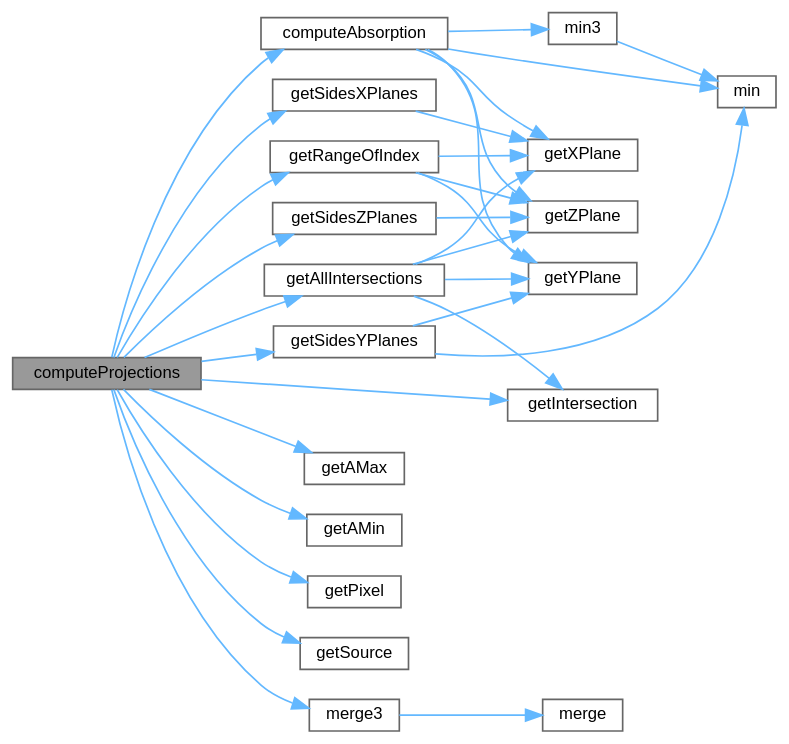
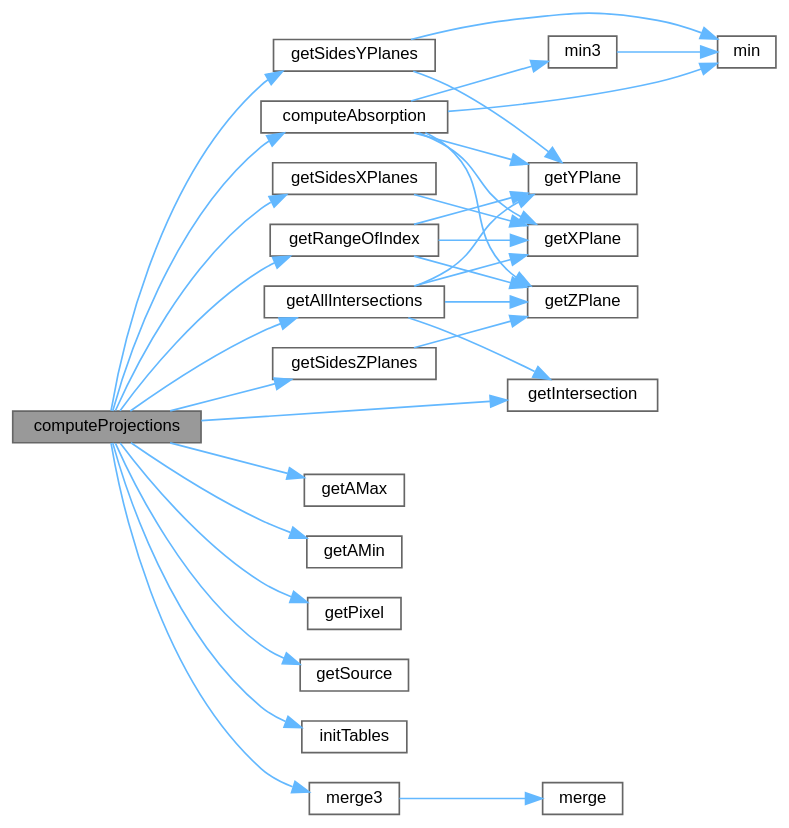
One commit to EnryMarch10/3D-CT-projection-cuda changed the diagram in docs/omp-projection_8c_a6413034e11f929b4a4ddfdda721db18f_cgraph.dot. Above: the diagram before and after it, drawn with Graphviz. The commit also changed 12 other files, not shown here.

Commit message:
Update OpenMP implementation: update initialization of sin() and cos() precalculated tables, update doxygen documentation

```diff
--- a/docs/omp-projection_8c_a6413034e11f929b4a4ddfdda721db18f_cgraph.dot
+++ b/docs/omp-projection_8c_a6413034e11f929b4a4ddfdda721db18f_cgraph.dot
@@ -1,57 +1,59 @@
 digraph "computeProjections"
 {
  // LATEX_PDF_SIZE
   bgcolor="transparent";
   edge [fontname=Helvetica,fontsize=10,labelfontname=Helvetica,labelfontsize=10];
   node [fontname=Helvetica,fontsize=10,shape=box,height=0.2,width=0.4];
   rankdir="LR";
   Node1 [id="Node000001",label="computeProjections",height=0.2,width=0.4,color="gray40", fillcolor="grey60", style="filled", fontcolor="black",tooltip="Computes the projection of a sub-section of the object into the detector for each source position."];
   Node1 -> Node2 [id="edge1_Node000001_Node000002",color="steelblue1",style="solid",tooltip=" "];
   Node2 [id="Node000002",label="computeAbsorption",height=0.2,width=0.4,color="grey40", fillcolor="white", style="filled",URL="$omp-projection_8c.html#af0caf76e76bd487d95a3eb3ce0ade25f",tooltip="Computes the projection attenuation of the radiological path of a ray."];
   Node2 -> Node3 [id="edge2_Node000002_Node000003",color="steelblue1",style="solid",tooltip=" "];
   Node3 [id="Node000003",label="getXPlane",height=0.2,width=0.4,color="grey40", fillcolor="white", style="filled",URL="$omp-projection_8c.html#ac102667a9825b0e57cc343819a1d7143",tooltip="Computes the coordinate of a plane parallel relative to the YZ plane."];
   Node2 -> Node4 [id="edge3_Node000002_Node000004",color="steelblue1",style="solid",tooltip=" "];
   Node4 [id="Node000004",label="getYPlane",height=0.2,width=0.4,color="grey40", fillcolor="white", style="filled",URL="$omp-projection_8c.html#ac956c9cf71374f10800f6f646cbfd539",tooltip="Computes the coordinate of a plane parallel relative to the XZ plane."];
   Node2 -> Node5 [id="edge4_Node000002_Node000005",color="steelblue1",style="solid",tooltip=" "];
   Node5 [id="Node000005",label="getZPlane",height=0.2,width=0.4,color="grey40", fillcolor="white", style="filled",URL="$omp-projection_8c.html#a9e002b12657825ed4f491fe96ac76186",tooltip="Computes the coordinate of a plane parallel relative to the XY plane."];
   Node2 -> Node6 [id="edge5_Node000002_Node000006",color="steelblue1",style="solid",tooltip=" "];
   Node6 [id="Node000006",label="min",height=0.2,width=0.4,color="grey40", fillcolor="white", style="filled",URL="$omp-projection_8c.html#abd8bbcfabb3ddef2ccaafb9928a37b95",tooltip="Computes the minimum value between a and b."];
   Node2 -> Node7 [id="edge6_Node000002_Node000007",color="steelblue1",style="solid",tooltip=" "];
   Node7 [id="Node000007",label="min3",height=0.2,width=0.4,color="grey40", fillcolor="white", style="filled",URL="$omp-projection_8c.html#a242710ffc6c186821800ab581fc06174",tooltip="Computes the minimum value between a, b and c."];
   Node7 -> Node6 [id="edge7_Node000007_Node000006",color="steelblue1",style="solid",tooltip=" "];
   Node1 -> Node8 [id="edge8_Node000001_Node000008",color="steelblue1",style="solid",tooltip=" "];
   Node8 [id="Node000008",label="getAllIntersections",height=0.2,width=0.4,color="grey40", fillcolor="white", style="filled",URL="$omp-projection_8c.html#aab23497116712e73fd615f6bdaa2766e",tooltip="Computes the coordinates of the planes necessary to compute the intersections with the ray...."];
   Node8 -> Node9 [id="edge9_Node000008_Node000009",color="steelblue1",style="solid",tooltip=" "];
   Node9 [id="Node000009",label="getIntersection",height=0.2,width=0.4,color="grey40", fillcolor="white", style="filled",URL="$omp-projection_8c.html#adaf13d80c79b3cac8b8ee8143dbf4dd6",tooltip="Computes the the intersections between a ray and a set of planes."];
   Node8 -> Node3 [id="edge10_Node000008_Node000003",color="steelblue1",style="solid",tooltip=" "];
   Node8 -> Node4 [id="edge11_Node000008_Node000004",color="steelblue1",style="solid",tooltip=" "];
   Node8 -> Node5 [id="edge12_Node000008_Node000005",color="steelblue1",style="solid",tooltip=" "];
   Node1 -> Node10 [id="edge13_Node000001_Node000010",color="steelblue1",style="solid",tooltip=" "];
   Node10 [id="Node000010",label="getAMax",height=0.2,width=0.4,color="grey40", fillcolor="white", style="filled",URL="$omp-projection_8c.html#aef436783a4bc76a348cf39c942c42d01",tooltip="Computes the maximum parametric value a, representing the last intersection between ray and object."];
   Node1 -> Node11 [id="edge14_Node000001_Node000011",color="steelblue1",style="solid",tooltip=" "];
   Node11 [id="Node000011",label="getAMin",height=0.2,width=0.4,color="grey40", fillcolor="white", style="filled",URL="$omp-projection_8c.html#a73679a64b017a5578d232a5627587c50",tooltip="Computes the minimum parametric value a, representing the fist intersection between ray and object."];
   Node1 -> Node9 [id="edge15_Node000001_Node000009",color="steelblue1",style="solid",tooltip=" "];
   Node1 -> Node12 [id="edge16_Node000001_Node000012",color="steelblue1",style="solid",tooltip=" "];
-  Node12 [id="Node000012",label="getPixel",height=0.2,width=0.4,color="grey40", fillcolor="white", style="filled",URL="$omp-projection_8c.html#af2d8cd57a92a738cf2312e04d0dd93e5",tooltip="Retrieves the cartesian coordinates of a unit of the detector."];
+  Node12 [id="Node000012",label="getPixel",height=0.2,width=0.4,color="grey40", fillcolor="white", style="filled",URL="$omp-projection_8c.html#a2ae47d18f1fb51f2aa28602ddc0c8390",tooltip="Retrieves the cartesian coordinates of a unit of the detector."];
   Node1 -> Node13 [id="edge17_Node000001_Node000013",color="steelblue1",style="solid",tooltip=" "];
   Node13 [id="Node000013",label="getRangeOfIndex",height=0.2,width=0.4,color="grey40", fillcolor="white", style="filled",URL="$omp-projection_8c.html#aa5c9680241b94ef3b5d5dd53bcefe022",tooltip="Retrieves the range of parametric values of the planes."];
   Node13 -> Node3 [id="edge18_Node000013_Node000003",color="steelblue1",style="solid",tooltip=" "];
   Node13 -> Node4 [id="edge19_Node000013_Node000004",color="steelblue1",style="solid",tooltip=" "];
   Node13 -> Node5 [id="edge20_Node000013_Node000005",color="steelblue1",style="solid",tooltip=" "];
   Node1 -> Node14 [id="edge21_Node000001_Node000014",color="steelblue1",style="solid",tooltip=" "];
   Node14 [id="Node000014",label="getSidesXPlanes",height=0.2,width=0.4,color="grey40", fillcolor="white", style="filled",URL="$omp-projection_8c.html#a3faf293b62178da1ea86d1f6dc3e891d",tooltip="Computes a coordinate of the two planes of the object's sides orthogonal to the x axis."];
   Node14 -> Node3 [id="edge22_Node000014_Node000003",color="steelblue1",style="solid",tooltip=" "];
   Node1 -> Node15 [id="edge23_Node000001_Node000015",color="steelblue1",style="solid",tooltip=" "];
   Node15 [id="Node000015",label="getSidesYPlanes",height=0.2,width=0.4,color="grey40", fillcolor="white", style="filled",URL="$omp-projection_8c.html#a04ddea75013aee6a91318a641550c95a",tooltip="Computes a coordinate of the two planes of the object's sides orthogonal to the y axis."];
   Node15 -> Node4 [id="edge24_Node000015_Node000004",color="steelblue1",style="solid",tooltip=" "];
   Node15 -> Node6 [id="edge25_Node000015_Node000006",color="steelblue1",style="solid",tooltip=" "];
   Node1 -> Node16 [id="edge26_Node000001_Node000016",color="steelblue1",style="solid",tooltip=" "];
   Node16 [id="Node000016",label="getSidesZPlanes",height=0.2,width=0.4,color="grey40", fillcolor="white", style="filled",URL="$omp-projection_8c.html#ab468469d53baf0666599c7d93e031449",tooltip="Computes a coordinate of the two planes of the object's sides orthogonal to the z axis."];
   Node16 -> Node5 [id="edge27_Node000016_Node000005",color="steelblue1",style="solid",tooltip=" "];
   Node1 -> Node17 [id="edge28_Node000001_Node000017",color="steelblue1",style="solid",tooltip=" "];
-  Node17 [id="Node000017",label="getSource",height=0.2,width=0.4,color="grey40", fillcolor="white", style="filled",URL="$omp-projection_8c.html#abd5efe513d5c6927d35b8f9474a64c22",tooltip="Retrieves the cartesian coordinates of the source."];
+  Node17 [id="Node000017",label="getSource",height=0.2,width=0.4,color="grey40", fillcolor="white", style="filled",URL="$omp-projection_8c.html#a9aaeb5802feab4cd9d5d8fe4ee1d7e06",tooltip="Retrieves the cartesian coordinates of the source."];
   Node1 -> Node18 [id="edge29_Node000001_Node000018",color="steelblue1",style="solid",tooltip=" "];
-  Node18 [id="Node000018",label="merge3",height=0.2,width=0.4,color="grey40", fillcolor="white", style="filled",URL="$omp-projection_8c.html#ad79f89bbd9169631ffe9fdd39f762492",tooltip="Merges three sorted arrays into one single sorted array."];
-  Node18 -> Node19 [id="edge30_Node000018_Node000019",color="steelblue1",style="solid",tooltip=" "];
-  Node19 [id="Node000019",label="merge",height=0.2,width=0.4,color="grey40", fillcolor="white", style="filled",URL="$omp-projection_8c.html#ae093475516e0af47d7370aab234e102f",tooltip="Merges two sorted arrays into one single sorted array."];
+  Node18 [id="Node000018",label="initTables",height=0.2,width=0.4,color="grey40", fillcolor="white", style="filled",URL="$omp-projection_8c.html#af0d19fe4c3150a7feb2c29081941a6fc",tooltip="Initializes sin and cos tables, with default values for a certain length."];
+  Node1 -> Node19 [id="edge30_Node000001_Node000019",color="steelblue1",style="solid",tooltip=" "];
+  Node19 [id="Node000019",label="merge3",height=0.2,width=0.4,color="grey40", fillcolor="white", style="filled",URL="$omp-projection_8c.html#ad79f89bbd9169631ffe9fdd39f762492",tooltip="Merges three sorted arrays into one single sorted array."];
+  Node19 -> Node20 [id="edge31_Node000019_Node000020",color="steelblue1",style="solid",tooltip=" "];
+  Node20 [id="Node000020",label="merge",height=0.2,width=0.4,color="grey40", fillcolor="white", style="filled",URL="$omp-projection_8c.html#ae093475516e0af47d7370aab234e102f",tooltip="Merges two sorted arrays into one single sorted array."];
 }
```
